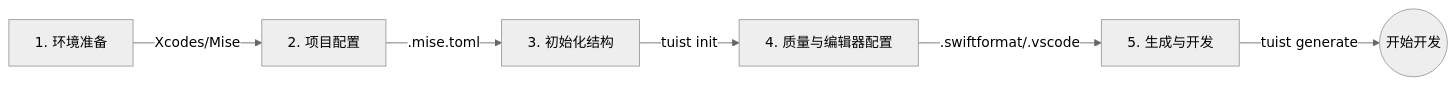
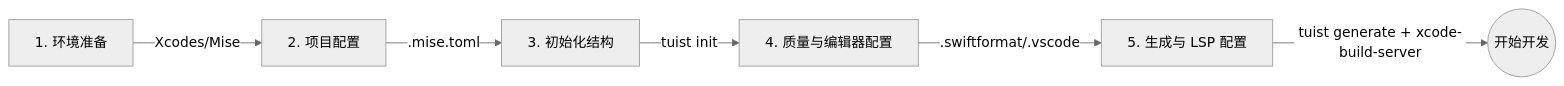
The second of 4 diagrams in docs/posts/SwiftUI 开发新范式与工具链指南.md (helloAhao096/helloahao096.github.io), drawn with Mermaid (neutral theme) before and after one commit. The commit also changed other lines of this file, not shown here.

````diff
--- a/docs/posts/SwiftUI 开发新范式与工具链指南.md
+++ b/docs/posts/SwiftUI 开发新范式与工具链指南.md
@@ -128,8 +201,8 @@
 ```mermaid
 flowchart LR
     Step1[1. 环境准备] -->|Xcodes/Mise| Step2[2. 项目配置]
     Step2 -->|.mise.toml| Step3[3. 初始化结构]
     Step3 -->|tuist init| Step4[4. 质量与编辑器配置]
-    Step4 -->|.swiftformat/.vscode| Step5[5. 生成与开发]
-    Step5 -->|tuist generate| Dev((开始开发))
+    Step4 -->|.swiftformat/.vscode| Step5[5. 生成与 LSP 配置]
+    Step5 -->|tuist generate + xcode-build-server| Dev((开始开发))
 ```
````
